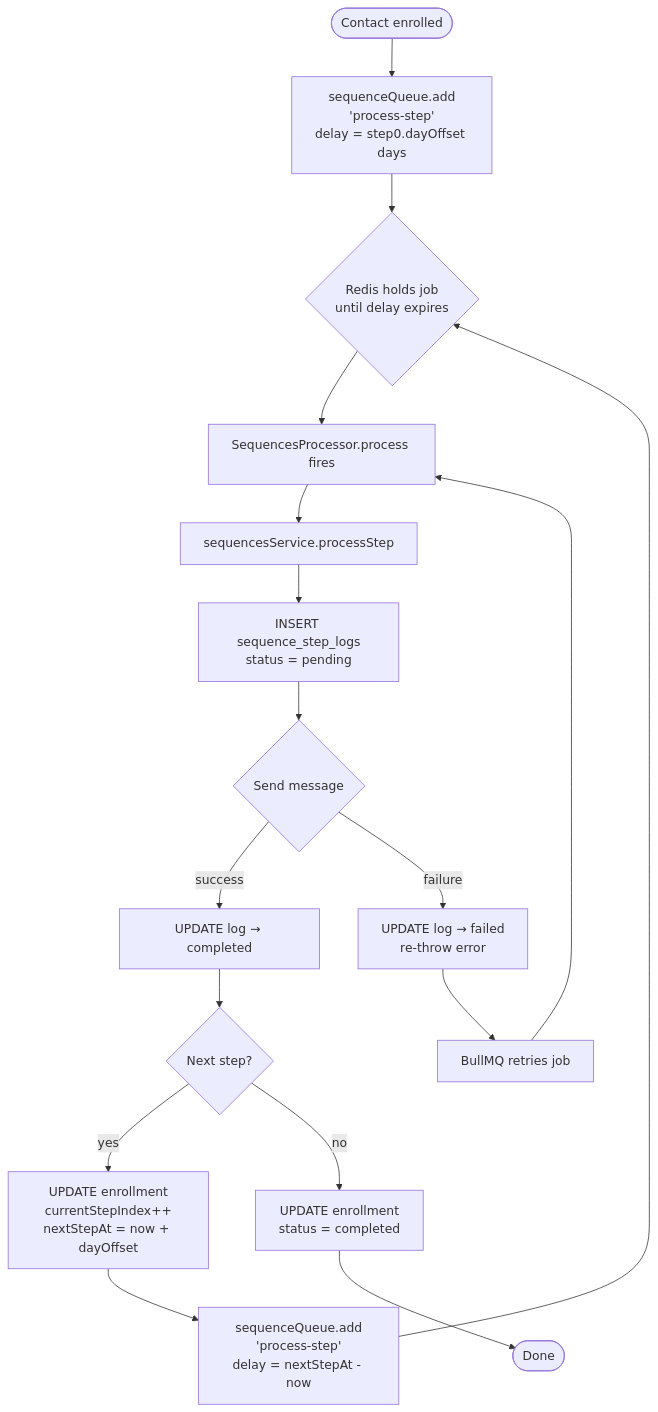
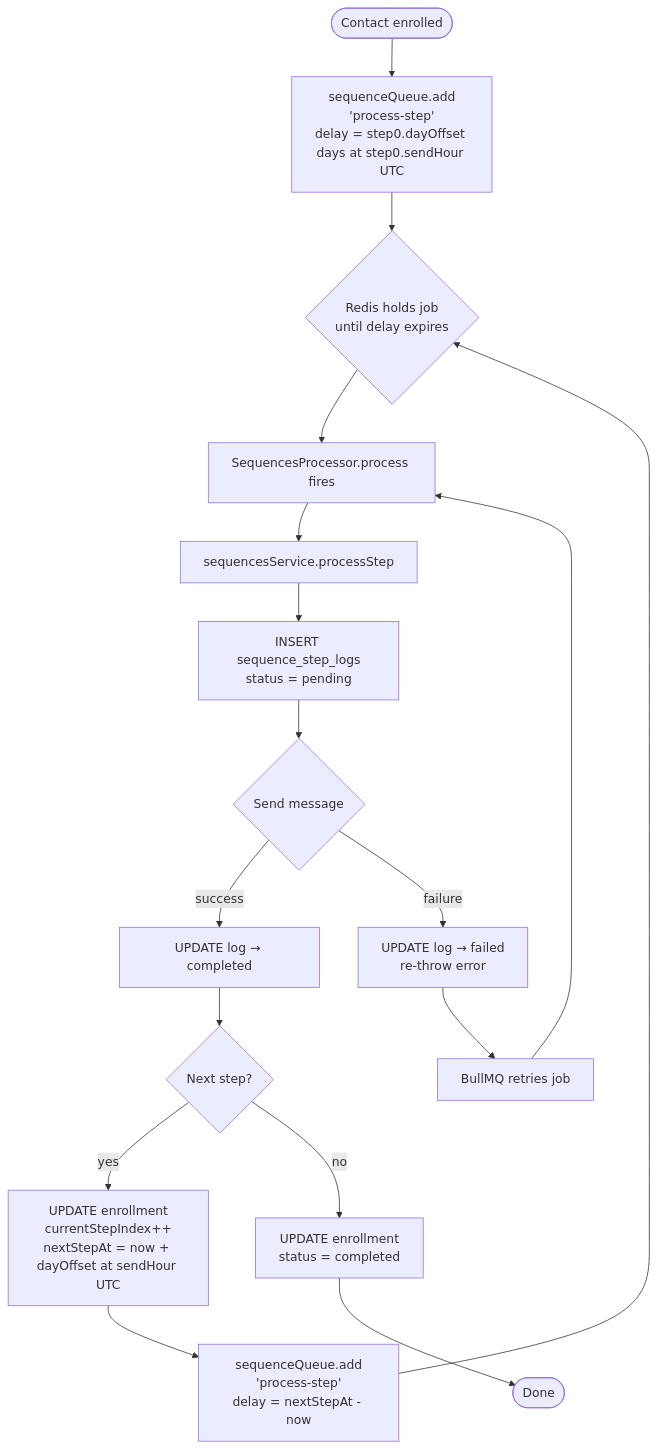
The second of 3 diagrams in apps/api/src/sequences/sequences.flow.md (JojayD/crm_pavilion), drawn with Mermaid before and after one commit. The commit also changed other lines of this file and 11 other files, not shown here.

````diff
--- a/apps/api/src/sequences/sequences.flow.md
+++ b/apps/api/src/sequences/sequences.flow.md
@@ -154,19 +179,19 @@
 ```mermaid
 flowchart TD
-    A([Contact enrolled]) --> B[sequenceQueue.add\n'process-step'\ndelay = step0.dayOffset days]
+    A([Contact enrolled]) --> B[sequenceQueue.add\n'process-step'\ndelay = step0.dayOffset days at step0.sendHour UTC]
     B --> C{Redis holds job\nuntil delay expires}
     C --> D[SequencesProcessor.process fires]
     D --> E[sequencesService.processStep]
     E --> F[INSERT sequence_step_logs\nstatus = pending]
     F --> G{Send message}
     G -->|success| H[UPDATE log → completed]
     G -->|failure| I[UPDATE log → failed\nre-throw error]
     I --> J[BullMQ retries job]
     J --> D
     H --> K{Next step?}
-    K -->|yes| L[UPDATE enrollment\ncurrentStepIndex++\nnextStepAt = now + dayOffset]
+    K -->|yes| L[UPDATE enrollment\ncurrentStepIndex++\nnextStepAt = now + dayOffset at sendHour UTC]
     L --> M[sequenceQueue.add\n'process-step'\ndelay = nextStepAt - now]
     M --> C
     K -->|no| N[UPDATE enrollment\nstatus = completed]
     N --> O([Done])
 ```
````
